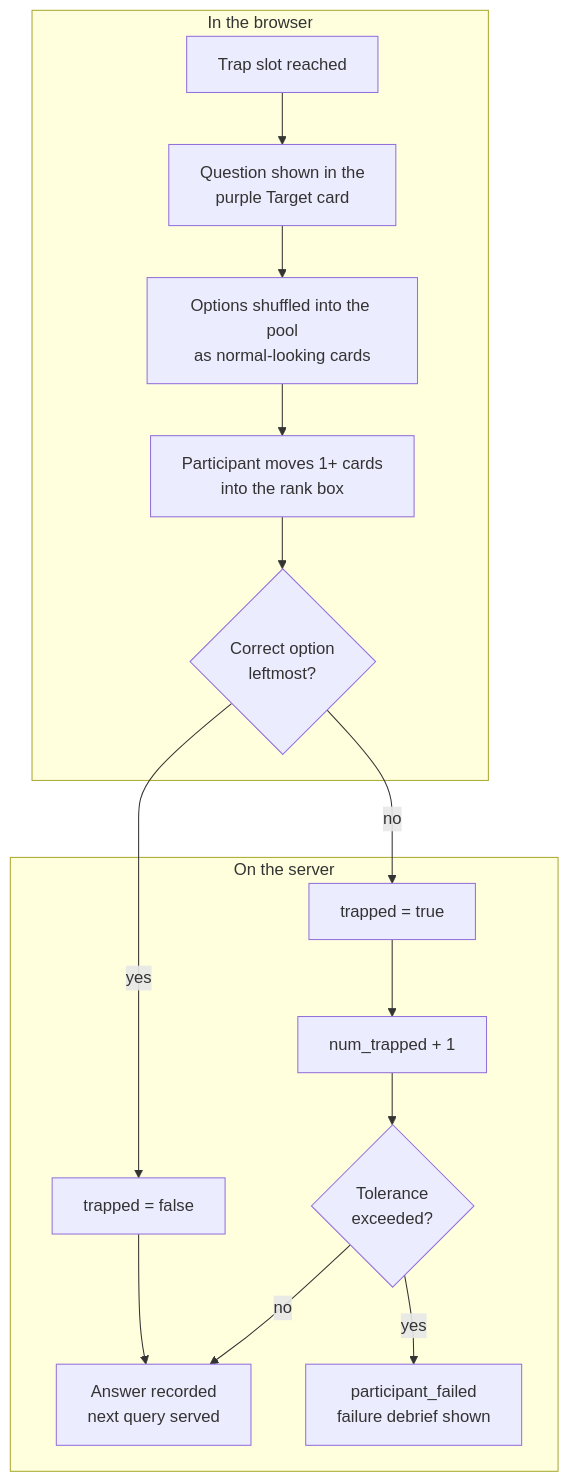
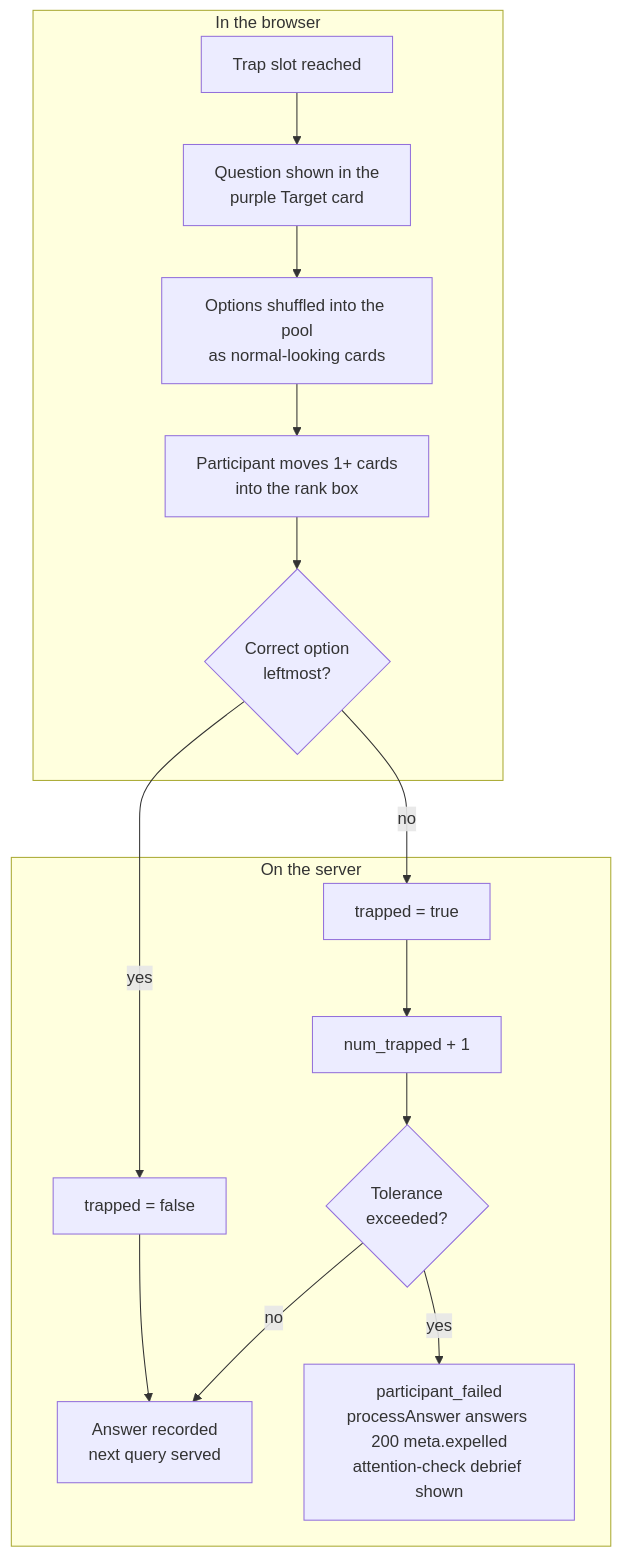
The third of 5 diagrams in DEV_DOCUMENTATION.md (siplab-gt/NEXT), drawn with Mermaid before and after one commit. The commit also changed other lines of this file and 5391 other files, not shown here.

````diff
--- a/DEV_DOCUMENTATION.md
+++ b/DEV_DOCUMENTATION.md
@@ -728,18 +741,18 @@
 ```mermaid
 flowchart TD
     subgraph browser["In the browser"]
         A["Trap slot reached"] --> B["Question shown in the<br>purple Target card"]
         B --> C["Options shuffled into the pool<br>as normal-looking cards"]
         C --> D["Participant moves 1+ cards<br>into the rank box"]
         D --> E{"Correct option<br>leftmost?"}
     end
     E -->|"yes"| F["trapped = false"]
     E -->|"no"| G["trapped = true"]
     subgraph server["On the server"]
         F --> H["Answer recorded<br>next query served"]
         G --> I["num_trapped + 1"]
         I --> J{"Tolerance<br>exceeded?"}
         J -->|"no"| H
-        J -->|"yes"| K["participant_failed<br>failure debrief shown"]
+        J -->|"yes"| K["participant_failed<br>processAnswer answers 200 meta.expelled<br>attention-check debrief shown"]
     end
 ```
````
